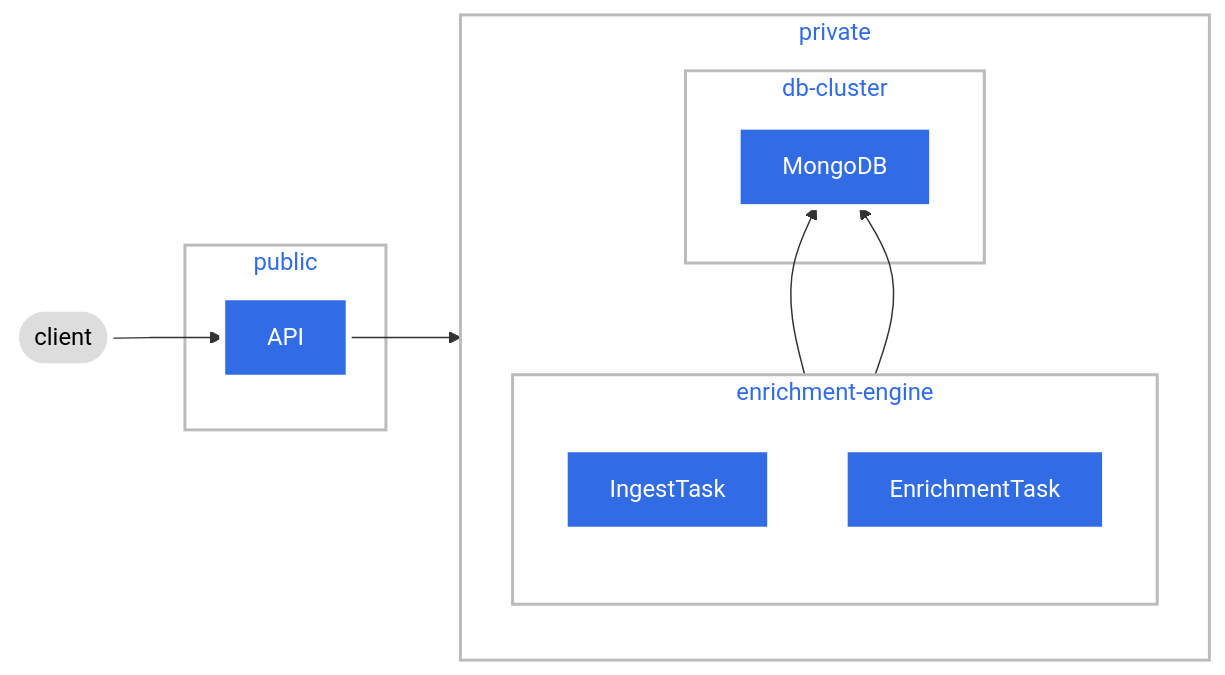
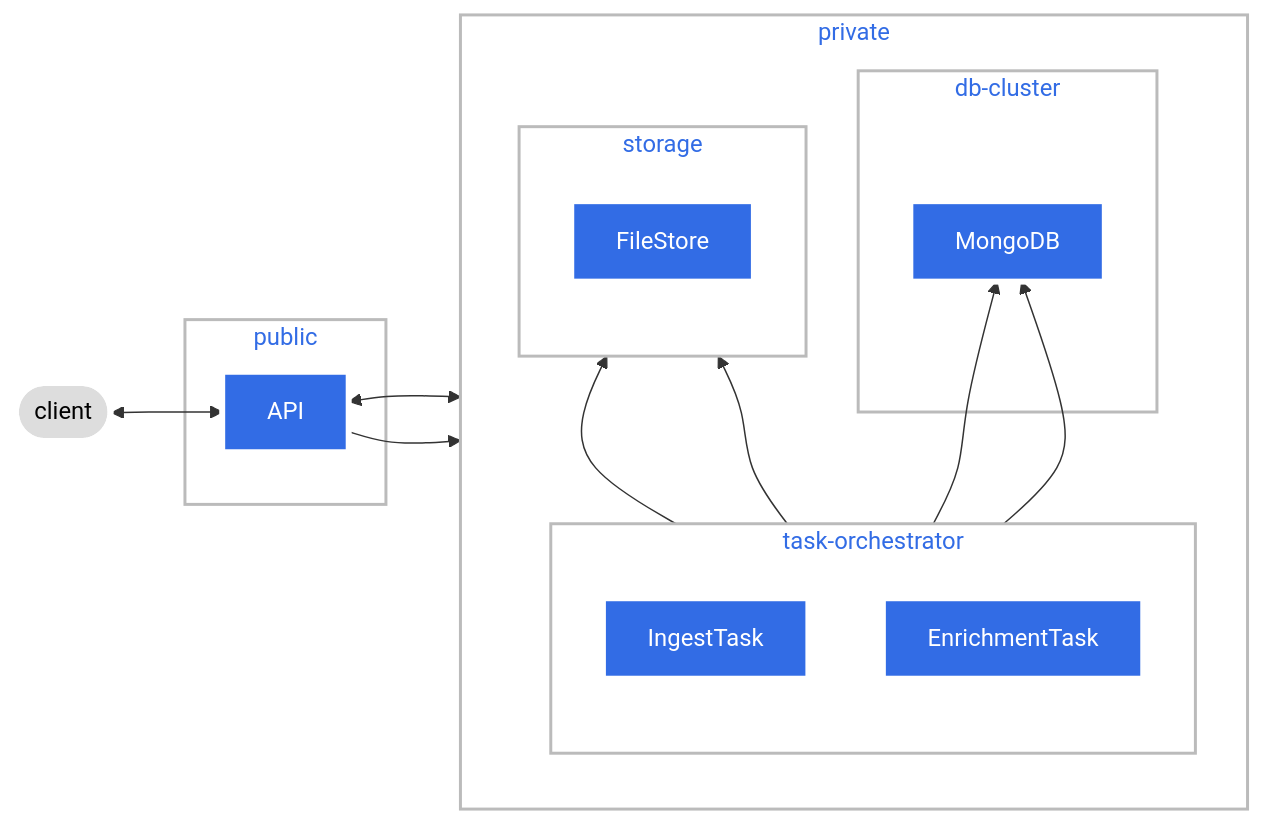
The first of 12 diagrams in book/src/diagrams.md (CMS-Enterprise/sbom-harbor), drawn with Mermaid before and after one commit. The commit also changed other lines of this file and 27 other files, not shown here.

````diff
--- a/book/src/diagrams.md
+++ b/book/src/diagrams.md
@@ -4,27 +4,34 @@
 ```mermaid
 graph LR
-    client([client])-->API[API];
+    client([client])<-->API[API];
     subgraph public
         API
     end
     subgraph private
         direction BT
         subgraph db-cluster
-            API-->MongoDB
+            API<-->MongoDB
             MongoDB
         end
-        subgraph enrichment-engine
+        subgraph task-orchestrator
             direction BT
             IngestTask
             EnrichmentTask
             IngestTask-->MongoDB[MongoDB]
             EnrichmentTask-->MongoDB[MongoDB]
         end
+        subgraph storage
+            direction TB
+            FileStore
+            API-->FileStore
+            IngestTask-->FileStore
+            EnrichmentTask-->FileStore
+        end
     end
  classDef plain fill:#ddd,stroke:#fff,stroke-width:4px,color:#000
  classDef component fill:#326ce5,stroke:#fff,stroke-width:4px,color:#fff
  classDef cluster fill:#fff,stroke:#bbb,stroke-width:2px,color:#326ce5
- class Ingress,API,IngestTask,EnrichmentTask,MongoDB component
+ class Ingress,API,IngestTask,EnrichmentTask,MongoDB,FileStore component
  class client plain
- class public,private,db-cluster,enrichment-engine cluster
+ class public,private,db-cluster,task-orchestrator,storage cluster
 ```
````
